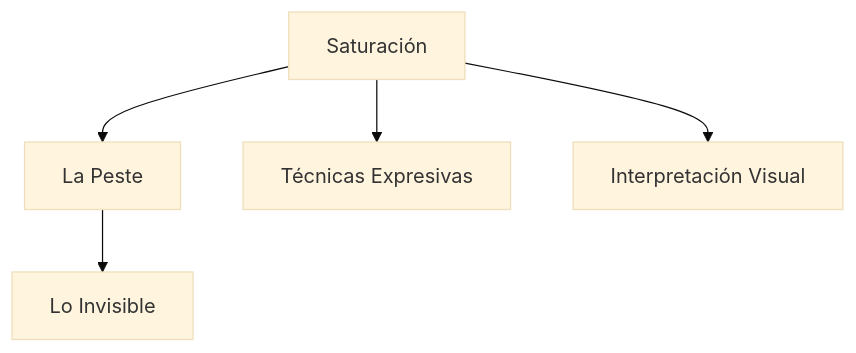
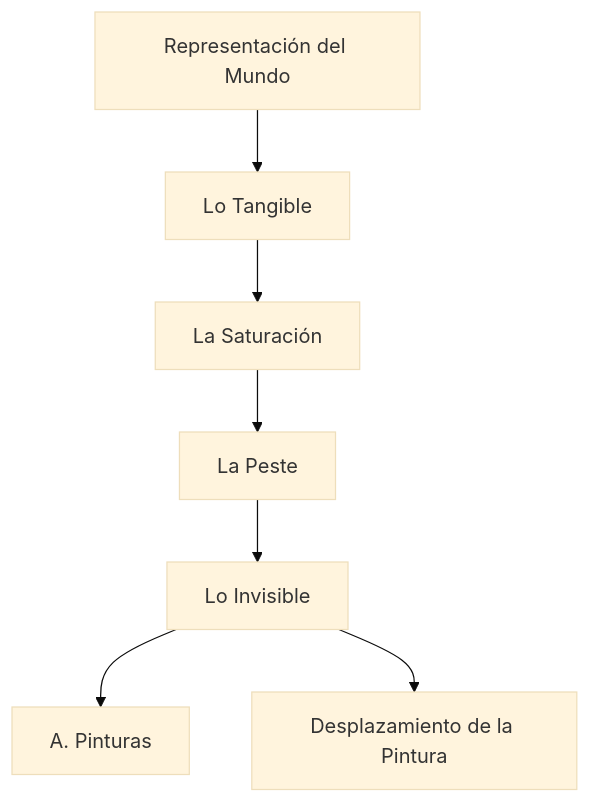
The diagram in ES/saturacion.md (EGGS-Artesvisuales/EGGS-Artesvisuales.github.io), drawn with Mermaid (base theme) before and after one commit. The commit also changed other lines of this file, not shown here.

```diff
--- a/ES/saturacion.md
+++ b/ES/saturacion.md
@@ -37,13 +34,20 @@
 <div class="mermaid">
 graph TD
-    S[Saturación]
-    S --> P[La Peste]
-    S --> T[Técnicas Expresivas]
-    S --> I[Interpretación Visual]
-    P --> U[Lo Invisible]
-    
-    click S "saturacion.html" "Descubre más sobre Saturación"
-    click P "la-peste.html" "Explorar La Peste"
-    click T "tecnicas-expresivas.html" "Ver Técnicas Expresivas"
-    click I "interpretacion-visual.html" "Interpretación Visual"
+    RW[Representación del Mundo]
+    LT[Lo Tangible]
+    LS[La Saturación]
+    LP[La Peste]
+    LI[Lo Invisible]
+    AP[A. Pinturas]
+    DP[Desplazamiento de la Pintura]
+
+    RW --> LT
+    LT --> LS
+    LS --> LP
+    LP --> LI
+    LI --> AP
+    LI --> DP
+
+    click LS "saturacion.html" "Descubre más sobre Saturación"
+    click LP "la-peste.html" "Explorar La Peste"
 </div>
```
